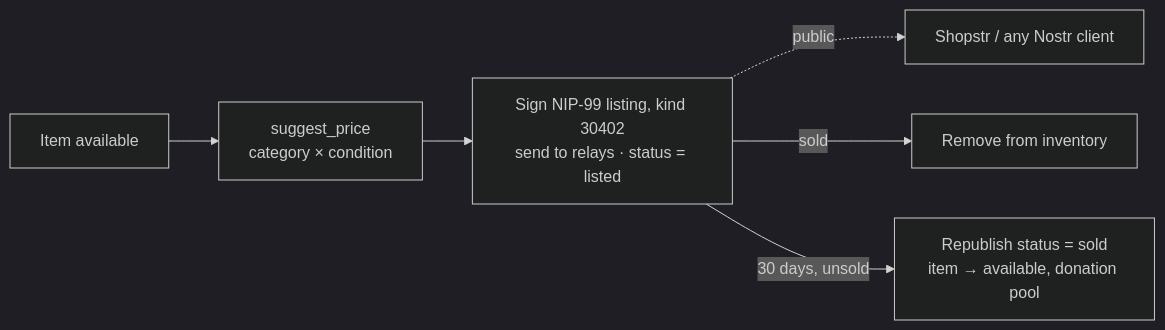
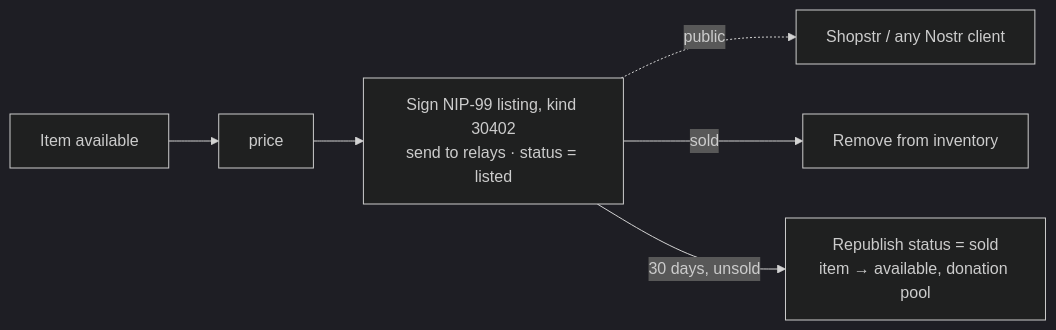
The second of 2 diagrams in rehome/docs/02-architecture.md (ibrahimmansoor1/HackGB), drawn with Mermaid (dark theme) before and after one commit. The commit also changed other lines of this file and 7 other files, not shown here.

````diff
--- a/rehome/docs/02-architecture.md
+++ b/rehome/docs/02-architecture.md
@@ -60,8 +98,8 @@
 ```mermaid
 flowchart LR
-  I[Item available] --> P[suggest_price<br/>category × condition]
+  I[Item available] --> P[price]
   P --> L[Sign NIP-99 listing, kind 30402<br/>send to relays · status = listed]
   L -. "public" .-> S[Shopstr / any Nostr client]
   L -->|sold| X[Remove from inventory]
   L -->|30 days, unsold| A[Republish status = sold<br/>item → available, donation pool]
 ```
````
